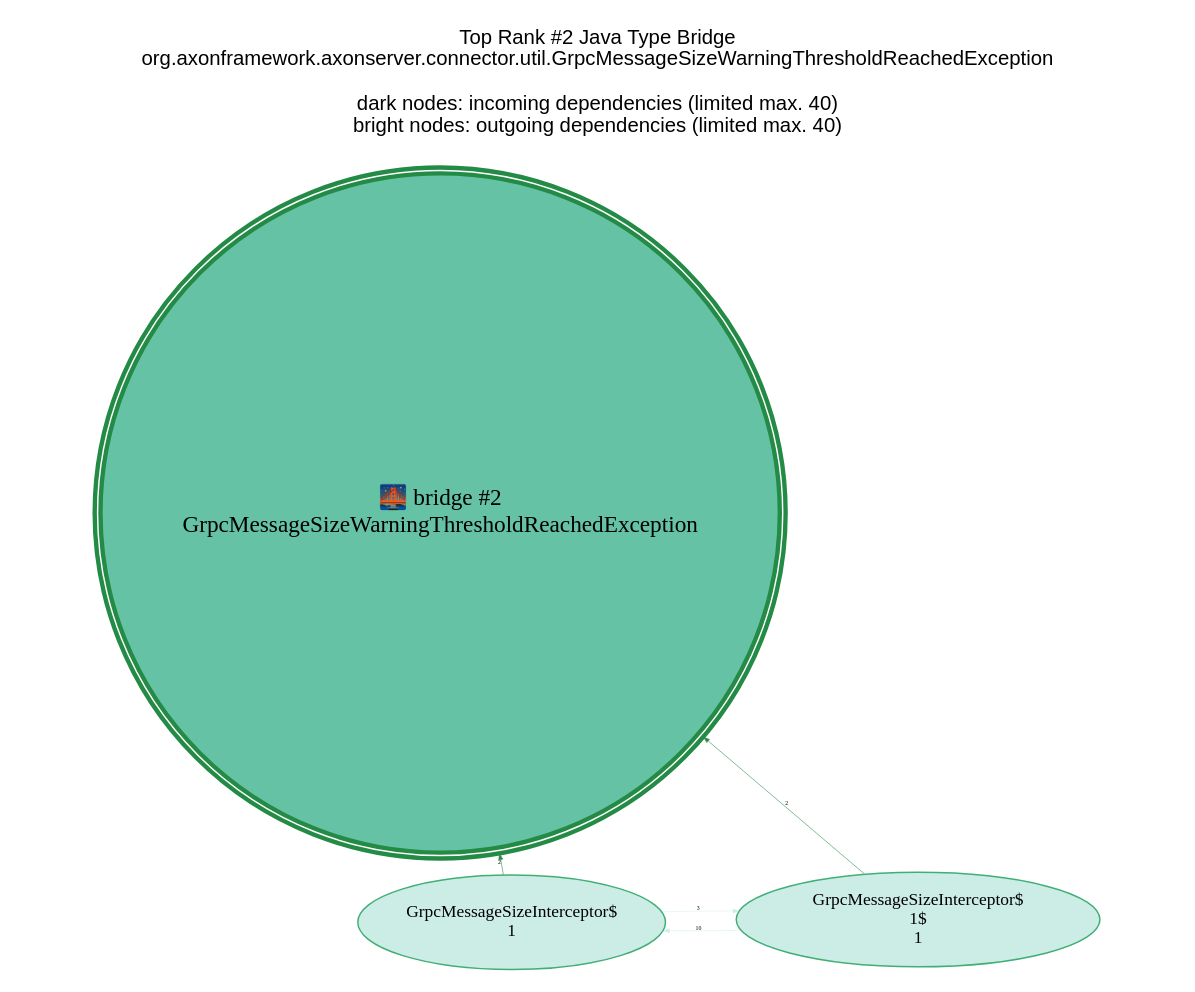
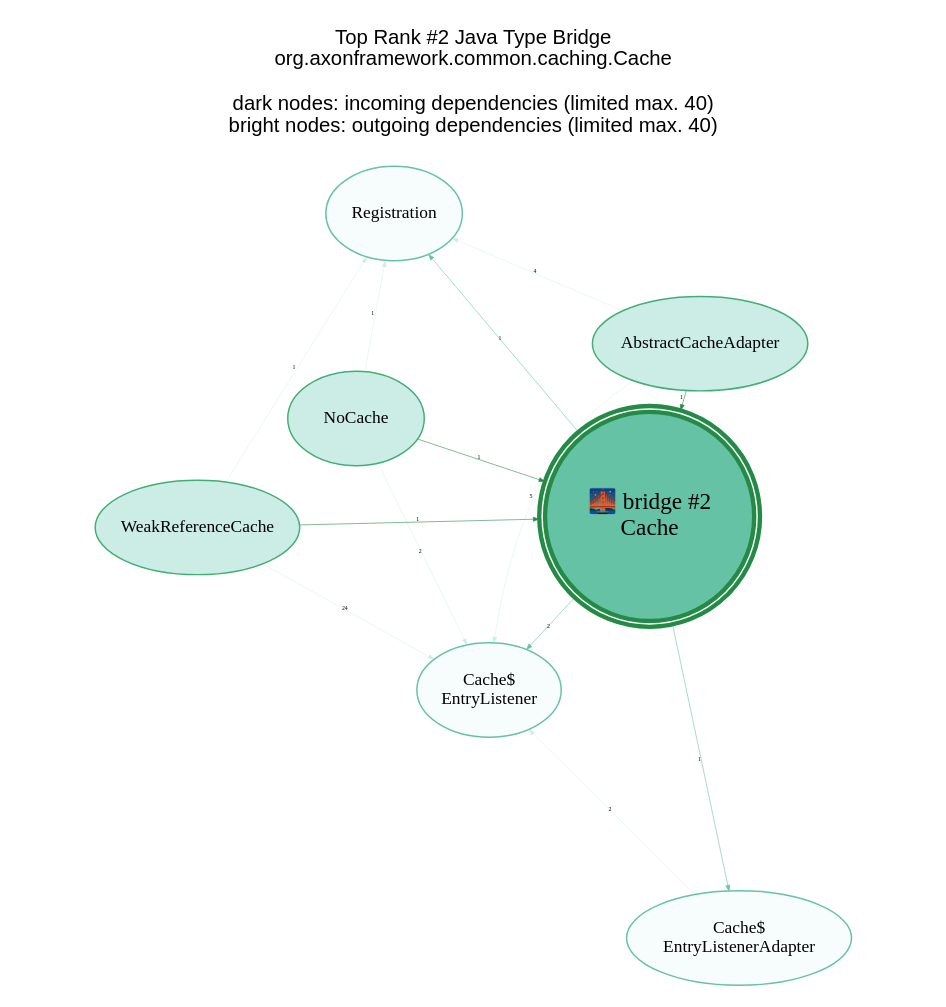
The diagram in analysis-results/AxonFramework/AxonFramework-5.0.3/anomaly-detection/Java_Type/GraphVisualizations/graphviz/TopBridge2.gv (JohT/code-graph-analysis-examples), drawn with Graphviz before and after one commit. The commit also changed 435 other files, not shown here.

```diff
--- a/analysis-results/AxonFramework/AxonFramework-5.0.3/anomaly-detection/Java_Type/GraphVisualizations/graphviz/TopBridge2.gv
+++ b/analysis-results/AxonFramework/AxonFramework-5.0.3/anomaly-detection/Java_Type/GraphVisualizations/graphviz/TopBridge2.gv
@@ -1,21 +1,30 @@
 // This GraphViz dot file was generated by the script convertQueryResultCsvToGraphVizDotFile.sh with TopCentral.template
 
 strict digraph TopBridge2 {
     graph [layout = "fdp"; start = "7"; splines = "spline"; pad = "0.8,0.1"; outputorder = "edgesfirst";];
     graph [fontname = "Helvetica,Arial,sans-serif"; labelloc = "t";];
     node [colorscheme = "bugn9"; color = 6; fillcolor = 3;];
     edge [colorscheme = "bugn9"; color = 7;];
     node [fontsize = 12; style = "filled"; margin = "0.03,0.03"; width="1.3"; height="0.9";];
     edge [fontsize = 4; arrowsize = "0.4";];
 
     central [shape = "doublecircle"; height = "2.0"; margin = "0.000001,0.000001";];
     central [fontsize = 16;];
     central [color = 7; fillcolor = 5; penwidth = 3;];
 
-	graph   [label="Top Rank #2 Java Type Bridge\norg.axonframework.axonserver.connector.util.GrpcMessageSizeWarningThresholdReachedException\n\ndark nodes: incoming dependencies (limited max. 40)\nbright nodes: outgoing dependencies (limited max. 40)\n\n"];
-	central [label="🌉 bridge #2\nGrpcMessageSizeWarningThresholdReachedException"];
-	"GrpcMessageSizeInterceptor$1_37167" [label = "GrpcMessageSizeInterceptor$\n1"; ]; "GrpcMessageSizeInterceptor$1_37167" -> central [label=2; weight=2; penwidth=0.4];
-	"GrpcMessageSizeInterceptor$1$1_37745" [label = "GrpcMessageSizeInterceptor$\n1$\n1"; ]; "GrpcMessageSizeInterceptor$1$1_37745" -> central [label=2; weight=2; penwidth=0.4];
-	"GrpcMessageSizeInterceptor$1$1_37745" -> "GrpcMessageSizeInterceptor$1_37167" [label=10; weight=10; penwidth=0.3; color = 3]
-	"GrpcMessageSizeInterceptor$1_37167" -> "GrpcMessageSizeInterceptor$1$1_37745" [label=3; weight=3; penwidth=0.3; color = 3]
+	graph   [label="Top Rank #2 Java Type Bridge\norg.axonframework.common.caching.Cache\n\ndark nodes: incoming dependencies (limited max. 40)\nbright nodes: outgoing dependencies (limited max. 40)\n\n"];
+	central [label="🌉 bridge #2\nCache"];
+	"AbstractCacheAdapter_49300" [label = "AbstractCacheAdapter"; ]; "AbstractCacheAdapter_49300" -> central [label=1; weight=1; penwidth=0.4];
+	"NoCache_49318" [label = "NoCache"; ]; "NoCache_49318" -> central [label=1; weight=1; penwidth=0.4];
+	"WeakReferenceCache_49316" [label = "WeakReferenceCache"; ]; "WeakReferenceCache_49316" -> central [label=1; weight=1; penwidth=0.4];
+	"Cache$EntryListener_49368" [label = "Cache$\nEntryListener"; color = 5; fillcolor = 1; ]; central -> "Cache$EntryListener_49368" [label=2; weight=2; penwidth=0.4; color = 5];
+	"Cache$EntryListenerAdapter_49311" [label = "Cache$\nEntryListenerAdapter"; color = 5; fillcolor = 1; ]; central -> "Cache$EntryListenerAdapter_49311" [label=1; weight=1; penwidth=0.4; color = 5];
+	"Registration_49367" [label = "Registration"; color = 5; fillcolor = 1; ]; central -> "Registration_49367" [label=1; weight=1; penwidth=0.4; color = 5];
+	"WeakReferenceCache_49316" -> "Cache$EntryListener_49368" [label=24; weight=24; penwidth=0.3; color = 3]
+	"AbstractCacheAdapter_49300" -> "Cache$EntryListener_49368" [label=5; weight=5; penwidth=0.3; color = 3]
+	"AbstractCacheAdapter_49300" -> "Registration_49367" [label=4; weight=4; penwidth=0.3; color = 3]
+	"Cache$EntryListenerAdapter_49311" -> "Cache$EntryListener_49368" [label=2; weight=2; penwidth=0.3; color = 3]
+	"NoCache_49318" -> "Cache$EntryListener_49368" [label=2; weight=2; penwidth=0.3; color = 3]
+	"NoCache_49318" -> "Registration_49367" [label=1; weight=1; penwidth=0.3; color = 3]
+	"WeakReferenceCache_49316" -> "Registration_49367" [label=1; weight=1; penwidth=0.3; color = 3]
 }
```
